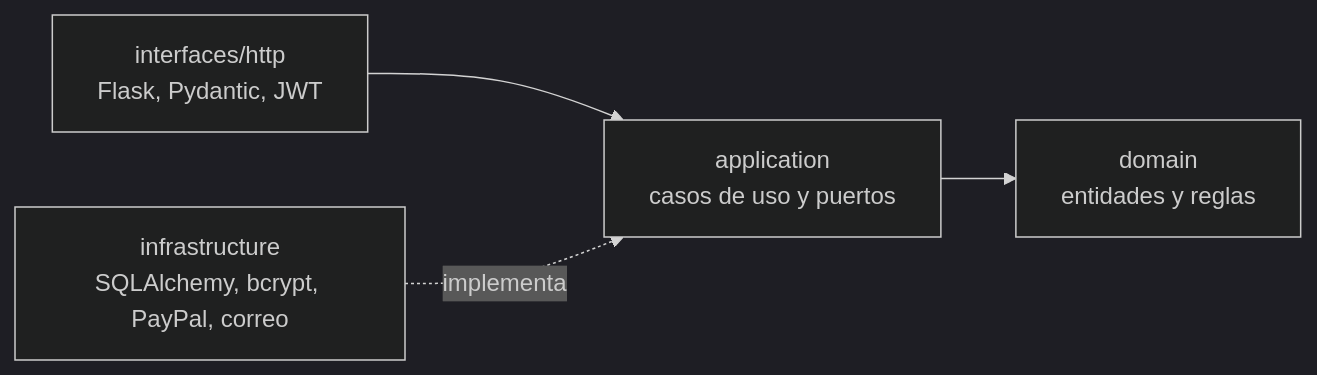
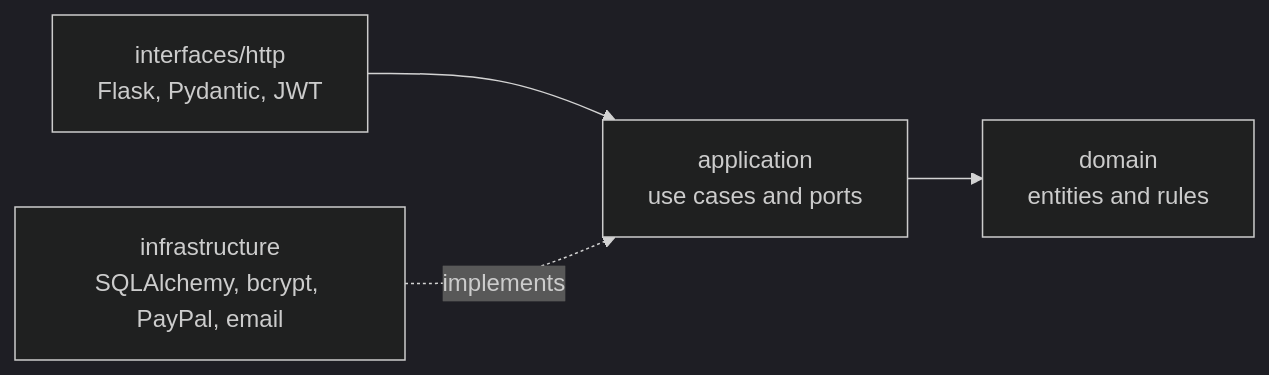
One commit to srdgz/compis changed the diagram in README.md. Above: the diagram before and after it, drawn with Mermaid (dark theme). The commit also changed other lines of this file and 1 other file, not shown here.

````diff
--- a/README.md
+++ b/README.md
@@ -66,6 +68,6 @@
 ```mermaid
 flowchart LR
-    http["interfaces/http<br/>Flask, Pydantic, JWT"] --> app["application<br/>casos de uso y puertos"]
-    infra["infrastructure<br/>SQLAlchemy, bcrypt, PayPal, correo"] -.implementa.-> app
-    app --> domain["domain<br/>entidades y reglas"]
+    http["interfaces/http<br/>Flask, Pydantic, JWT"] --> app["application<br/>use cases and ports"]
+    infra["infrastructure<br/>SQLAlchemy, bcrypt, PayPal, email"] -.implements.-> app
+    app --> domain["domain<br/>entities and rules"]
 ```
````
